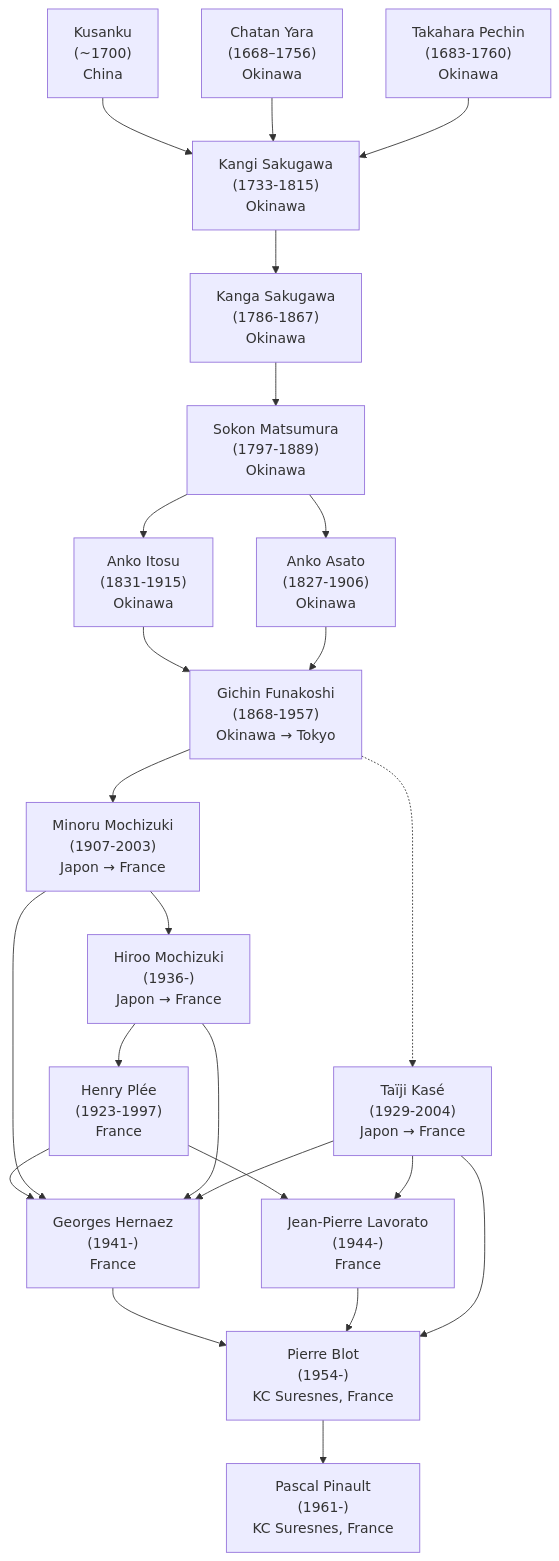
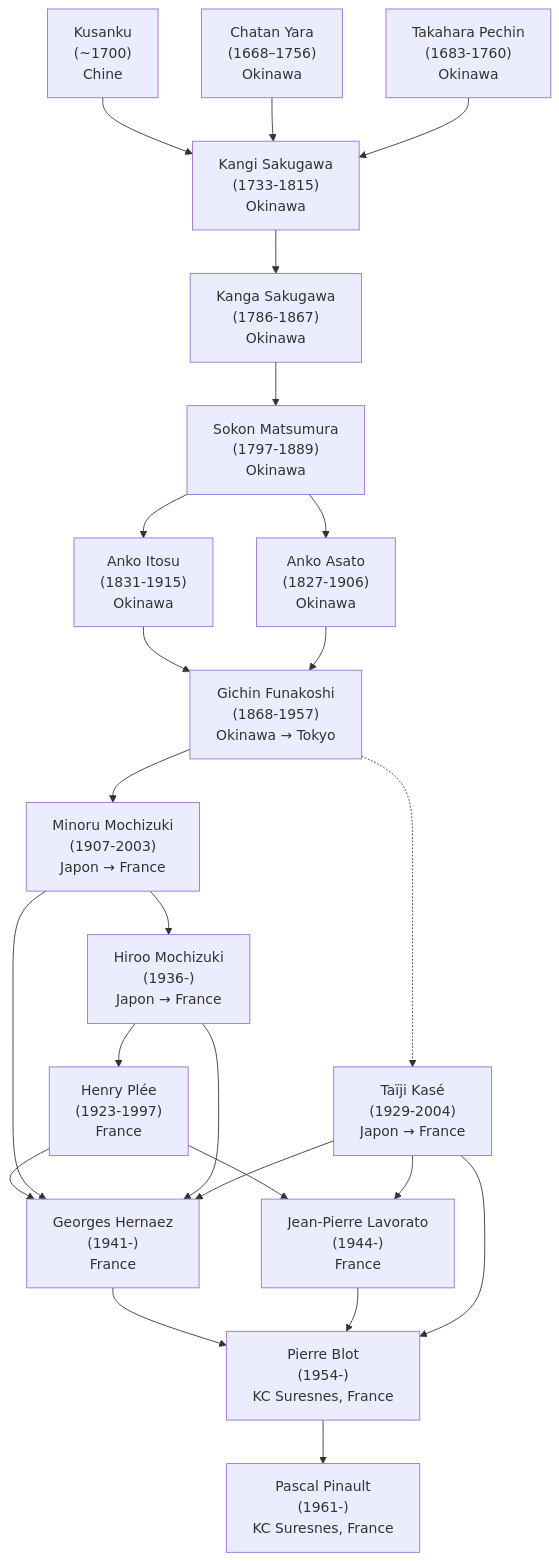
The diagram in pages/lignee.md (NicolasPA/kcsuresnes), drawn with Mermaid before and after one commit.

````diff
--- a/pages/lignee.md
+++ b/pages/lignee.md
@@ -3,31 +3,31 @@
 ```mermaid
 graph TD
-    A1["Kusanku<br/>(~1700)<br/>China"]
+    A1["Kusanku<br/>(~1700)<br/>Chine"]
     A2["Chatan Yara<br/>(1668–1756)<br/>Okinawa"]
     A3["Takahara Pechin<br/>(1683-1760)<br/>Okinawa"]
     B1["Kangi Sakugawa<br/>(1733-1815)<br/>Okinawa"]
     A1 --> B1
     A2 --> B1
     A3 --> B1
     --> B2["Kanga Sakugawa<br/>(1786-1867)<br/>Okinawa"]
     --> C["Sokon Matsumura<br/>(1797-1889)<br/>Okinawa"]
     --> D["Anko Itosu<br/>(1831-1915)<br/>Okinawa"]
     C --> E["Anko Asato<br/>(1827-1906)<br/>Okinawa"]
     D --> F["Gichin Funakoshi<br/>(1868-1957)<br/>Okinawa → Tokyo"]
     E --> F
     --> G["Minoru Mochizuki<br/>(1907-2003)<br/>Japon → France"]
     --> H["Hiroo Mochizuki<br/>(1936-)<br/>Japon → France"]
     --> I["Henry Plée<br/>(1923-1997)<br/>France"]
     J["Taïji Kasé<br/>(1929-2004)<br/>Japon → France"]
     F -.-> J
     I --> K["Jean-Pierre Lavorato<br/>(1944-)<br/>France"]
     J --> K
     I --> L["Georges Hernaez<br/>(1941-)<br/>France"]
     G --> L
     H --> L
     J --> L
     L --> M["Pierre Blot<br/>(1954-)<br/>KC Suresnes, France"]
     K --> M
     J --> M
     M --> N["Pascal Pinault<br/>(1961-)<br/>KC Suresnes, France"]
 ```
````
